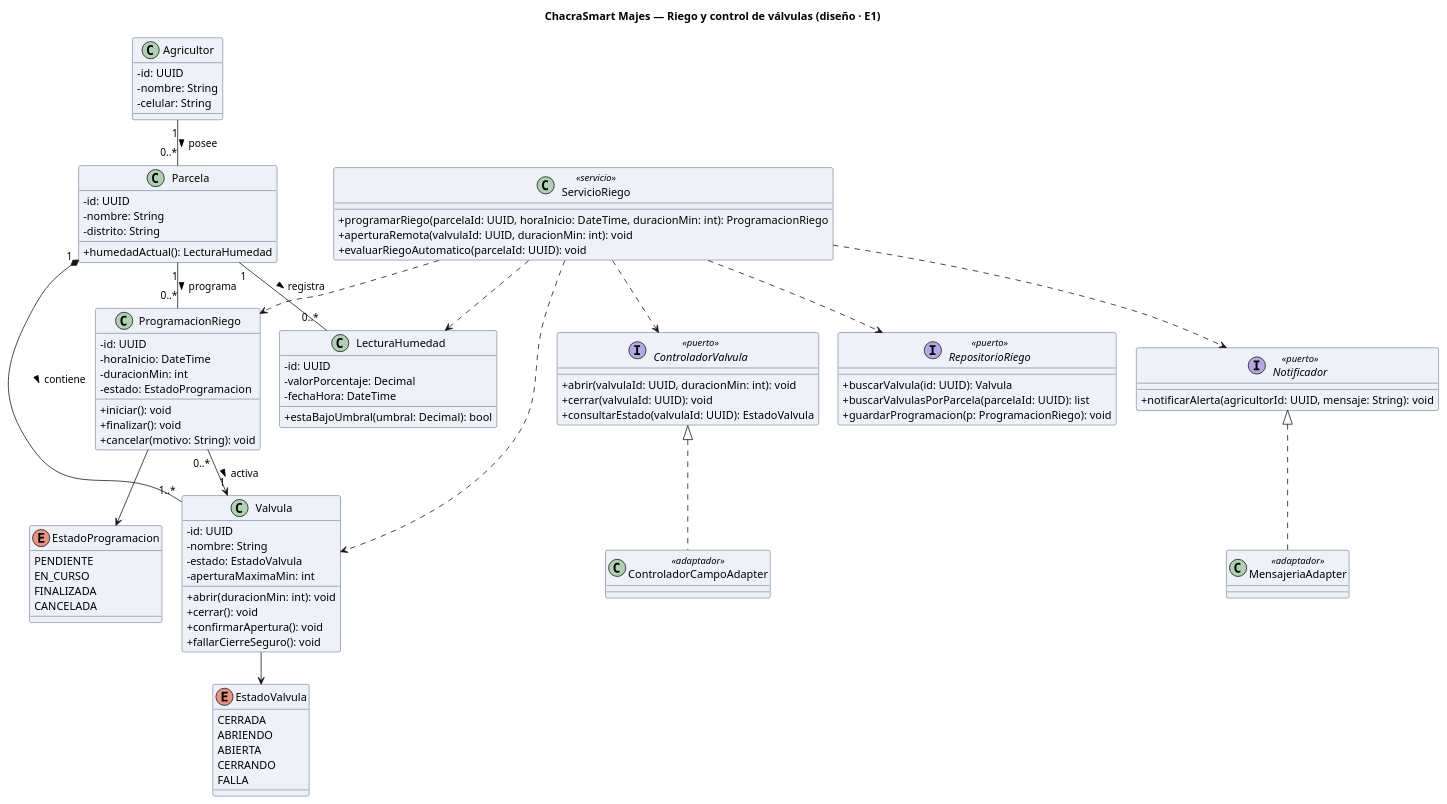
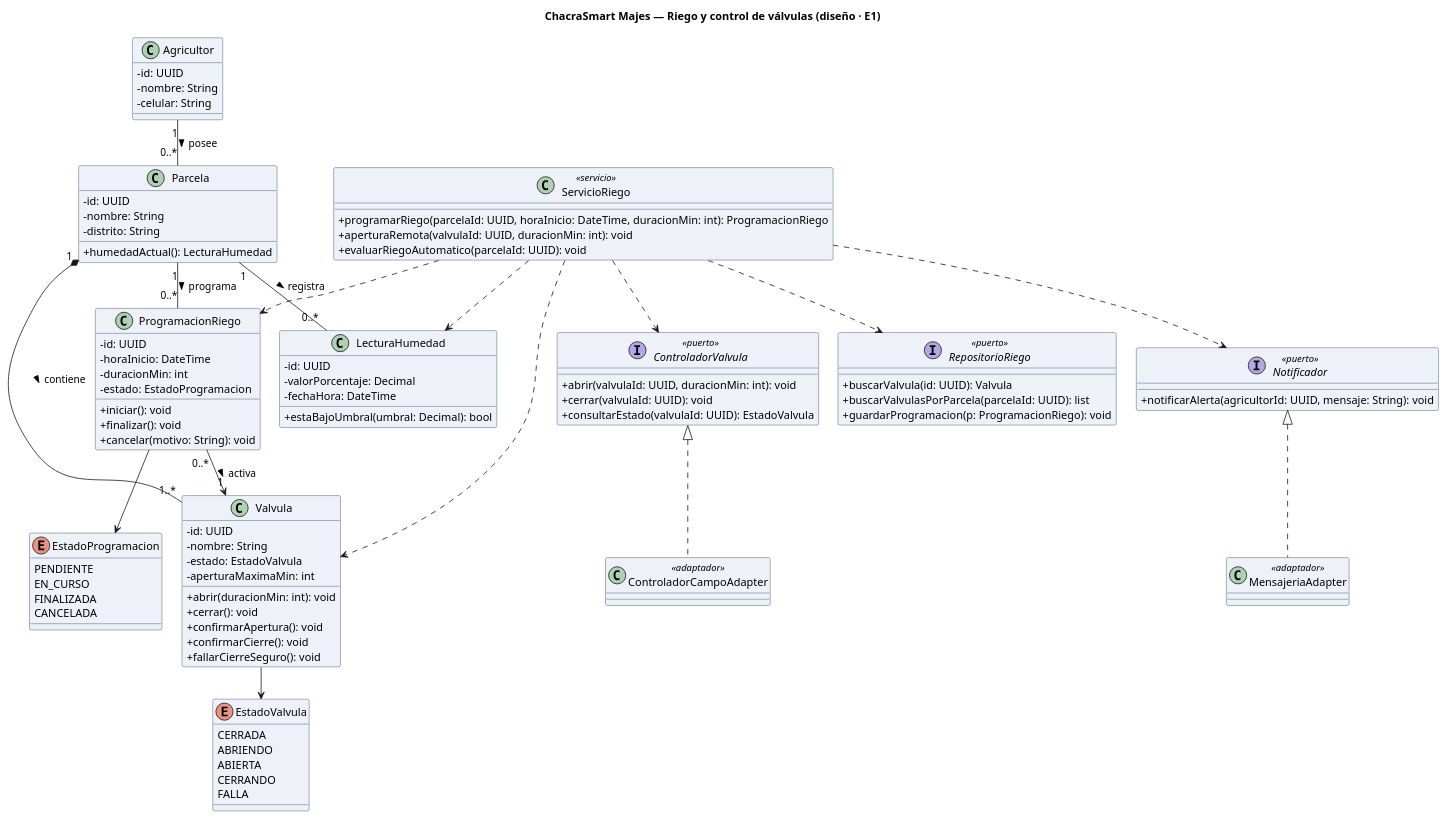
One commit to PauloQuen/cs-2026b-lab04--grupo04 changed the diagram in docs/design/clases.puml. Above: the diagram before and after it, drawn with PlantUML. The commit also changed 4 other files, not shown here.

```diff
--- a/docs/design/clases.puml
+++ b/docs/design/clases.puml
@@ -1,110 +1,111 @@
 @startuml clases-valvulas-riego
 skinparam classAttributeIconSize 0
 skinparam shadowing false
 skinparam defaultFontName Arial
 skinparam classBackgroundColor #EEF2F8
 skinparam classBorderColor #1A3A5C
 title ChacraSmart Majes — Riego y control de válvulas (diseño · E1)
 skinparam nodesep 25
 skinparam ranksep 40
 
 ' --- Actores y estructura del dominio (RF-03, RF-04) ---
 class Agricultor {
   - id: UUID
   - nombre: String
   - celular: String
 }
 class Parcela {
   - id: UUID
   - nombre: String
   - distrito: String
   + humedadActual(): LecturaHumedad
 }
 class Valvula {
   - id: UUID
   - nombre: String
   - estado: EstadoValvula
   - aperturaMaximaMin: int
   + abrir(duracionMin: int): void
   + cerrar(): void
   + confirmarApertura(): void
+  + confirmarCierre(): void
   + fallarCierreSeguro(): void
 }
 class ProgramacionRiego {
   - id: UUID
   - horaInicio: DateTime
   - duracionMin: int
   - estado: EstadoProgramacion
   + iniciar(): void
   + finalizar(): void
   + cancelar(motivo: String): void
 }
 class LecturaHumedad {
   - id: UUID
   - valorPorcentaje: Decimal
   - fechaHora: DateTime
   + estaBajoUmbral(umbral: Decimal): bool
 }
 
 ' --- Enumeraciones (coherentes con E3) ---
 enum EstadoValvula {
   CERRADA
   ABRIENDO
   ABIERTA
   CERRANDO
   FALLA
 }
 enum EstadoProgramacion {
   PENDIENTE
   EN_CURSO
   FINALIZADA
   CANCELADA
 }
 
 ' --- Servicio de aplicación ---
 class ServicioRiego <<servicio>> {
   + programarRiego(parcelaId: UUID, horaInicio: DateTime, duracionMin: int): ProgramacionRiego
   + aperturaRemota(valvulaId: UUID, duracionMin: int): void
   + evaluarRiegoAutomatico(parcelaId: UUID): void
 }
 
 ' --- Puertos (interfaces) hacia servicios externos y persistencia ---
 interface ControladorValvula <<puerto>> {
   + abrir(valvulaId: UUID, duracionMin: int): void
   + cerrar(valvulaId: UUID): void
   + consultarEstado(valvulaId: UUID): EstadoValvula
 }
 interface Notificador <<puerto>> {
   + notificarAlerta(agricultorId: UUID, mensaje: String): void
 }
 interface RepositorioRiego <<puerto>> {
   + buscarValvula(id: UUID): Valvula
   + buscarValvulasPorParcela(parcelaId: UUID): list
   + guardarProgramacion(p: ProgramacionRiego): void
 }
 
 ' --- Adaptadores (ADR-001: integraciones externas detrás de puertos) ---
 class ControladorCampoAdapter <<adaptador>>
 class MensajeriaAdapter <<adaptador>>
 
 ' --- Relaciones con multiplicidad en ambos extremos (regla C3) ---
 Agricultor "1" -- "0..*" Parcela : posee >
 Parcela "1" *-- "1..*" Valvula : contiene >
 Parcela "1" -- "0..*" LecturaHumedad : registra >
 Parcela "1" -- "0..*" ProgramacionRiego : programa >
 ProgramacionRiego "0..*" --> "1" Valvula : activa >
 Valvula --> EstadoValvula
 ProgramacionRiego --> EstadoProgramacion
 
 ' --- Realización de puertos ---
 ControladorValvula <|.. ControladorCampoAdapter
 Notificador <|.. MensajeriaAdapter
 
 ' --- Dependencias del servicio (usa puertos, no implementaciones) ---
 ServicioRiego ..> ProgramacionRiego
 ServicioRiego ..> Valvula
 ServicioRiego ..> LecturaHumedad
 ServicioRiego ..> ControladorValvula
 ServicioRiego ..> Notificador
 ServicioRiego ..> RepositorioRiego
 @enduml
```
